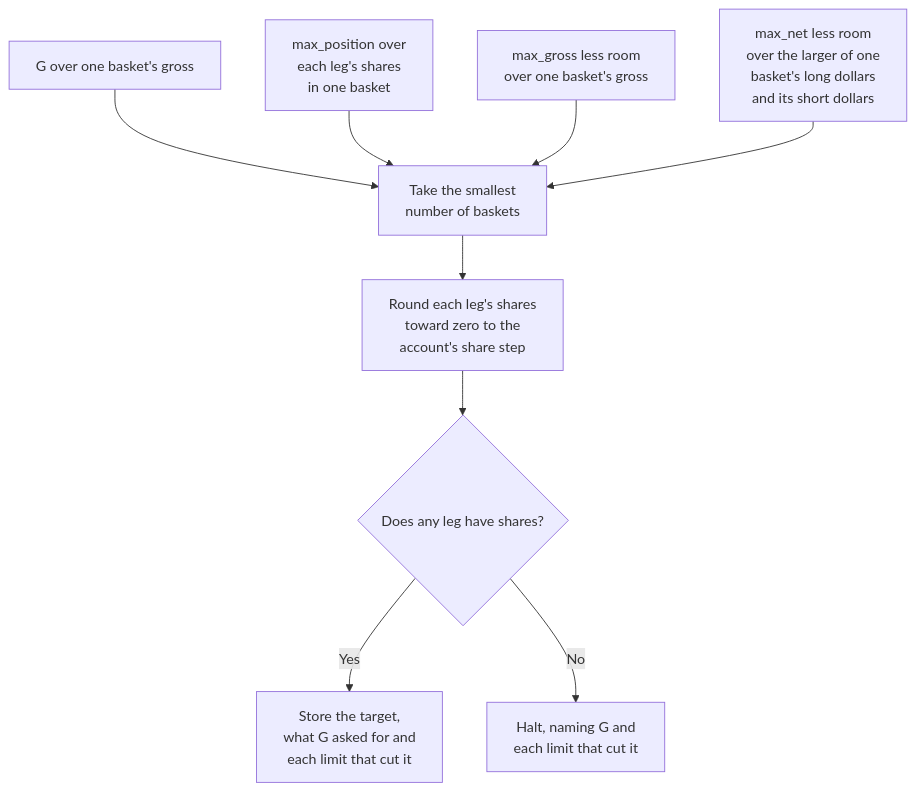
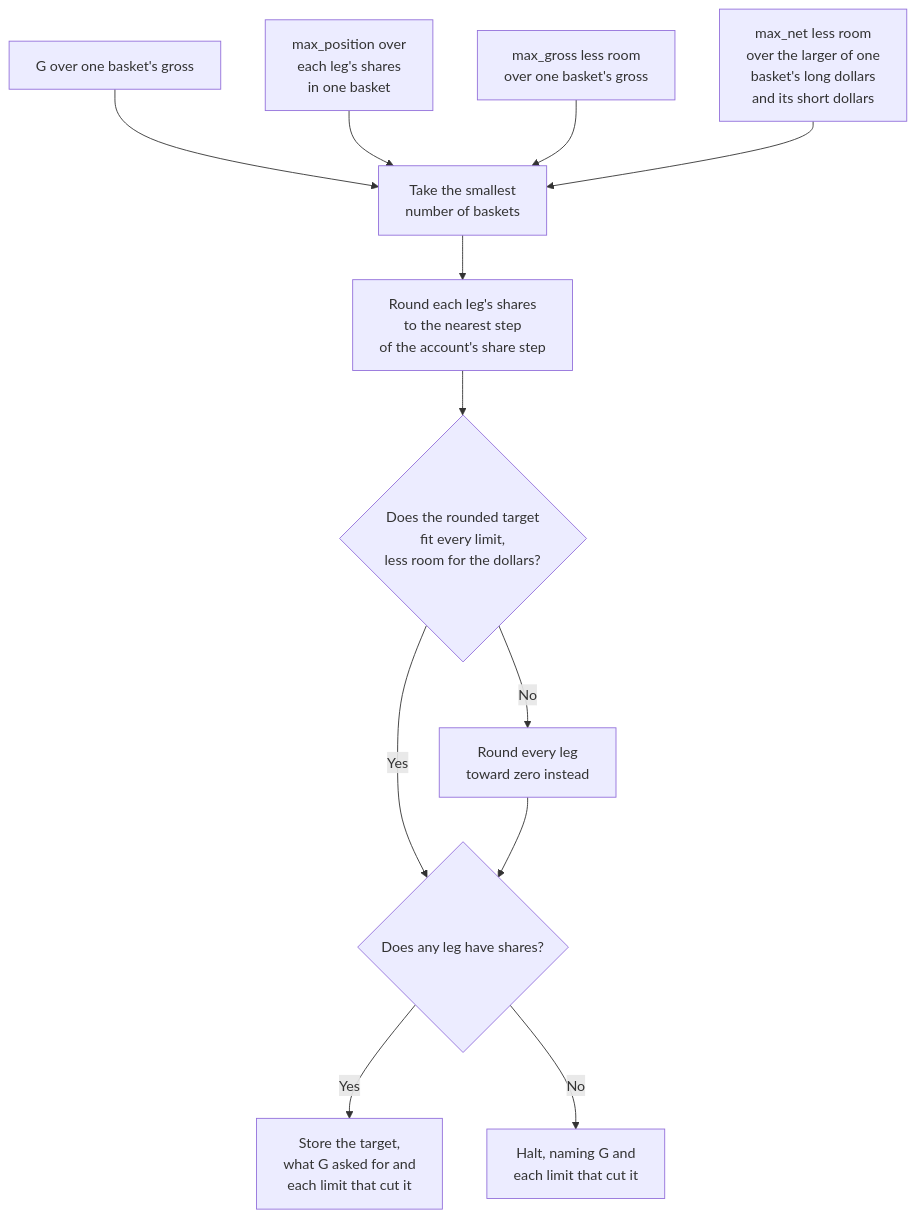
Before and after one commit to l3a0/ithildin-runtime: the tenth of 11 diagrams in docs/architecture/05-building-blocks.md, drawn with Mermaid. The commit also changed other lines of this file and 14 other files, not shown here.

First line of the commit message:
feat(portfolio): set G and chan_bollinger's [risk] limits, and round each leg to the nearest share

````diff
--- a/docs/architecture/05-building-blocks.md
+++ b/docs/architecture/05-building-blocks.md
@@ -1941,11 +1942,14 @@
 ```mermaid
 flowchart TB
     g["G over one basket's gross"] --> least["Take the smallest<br/>number of baskets"]
     pos["max_position over<br/>each leg's shares<br/>in one basket"] --> least
     gross["max_gross less room<br/>over one basket's gross"] --> least
     net["max_net less room<br/>over the larger of one<br/>basket's long dollars<br/>and its short dollars"] --> least
-    least --> round["Round each leg's shares<br/>toward zero to the<br/>account's share step"]
-    round --> any{"Does any leg have shares?"}
+    least --> round["Round each leg's shares<br/>to the nearest step<br/>of the account's share step"]
+    round --> fits{"Does the rounded target<br/>fit every limit,<br/>less room for the dollars?"}
+    fits -- "Yes" --> any{"Does any leg have shares?"}
+    fits -- "No" --> down["Round every leg<br/>toward zero instead"]
+    down --> any
     any -- "Yes" --> store["Store the target,<br/>what G asked for and<br/>each limit that cut it"]
     any -- "No" --> halt["Halt, naming G and<br/>each limit that cut it"]
 ```
````
